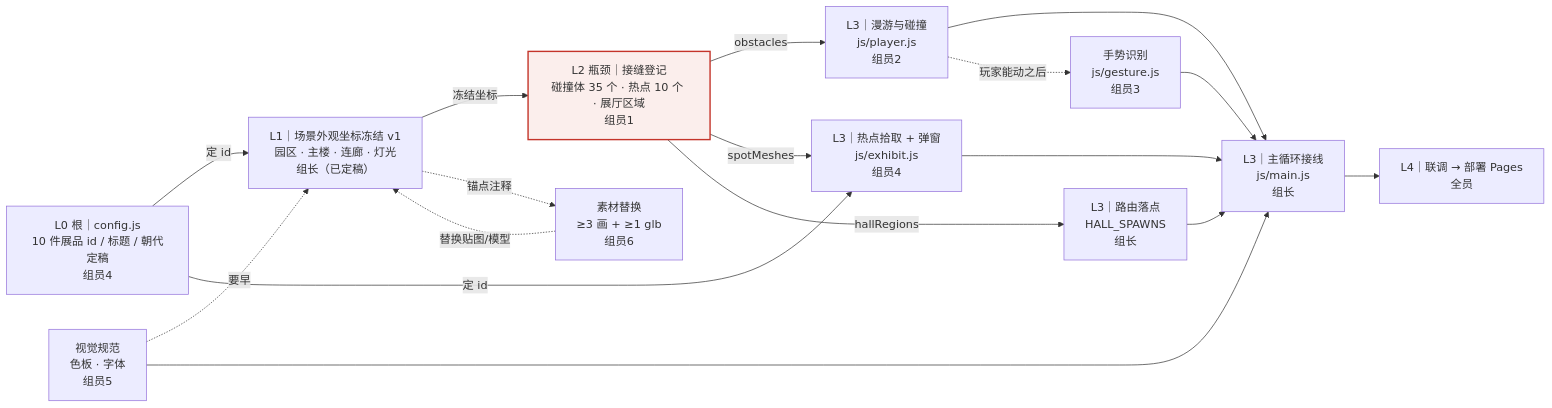
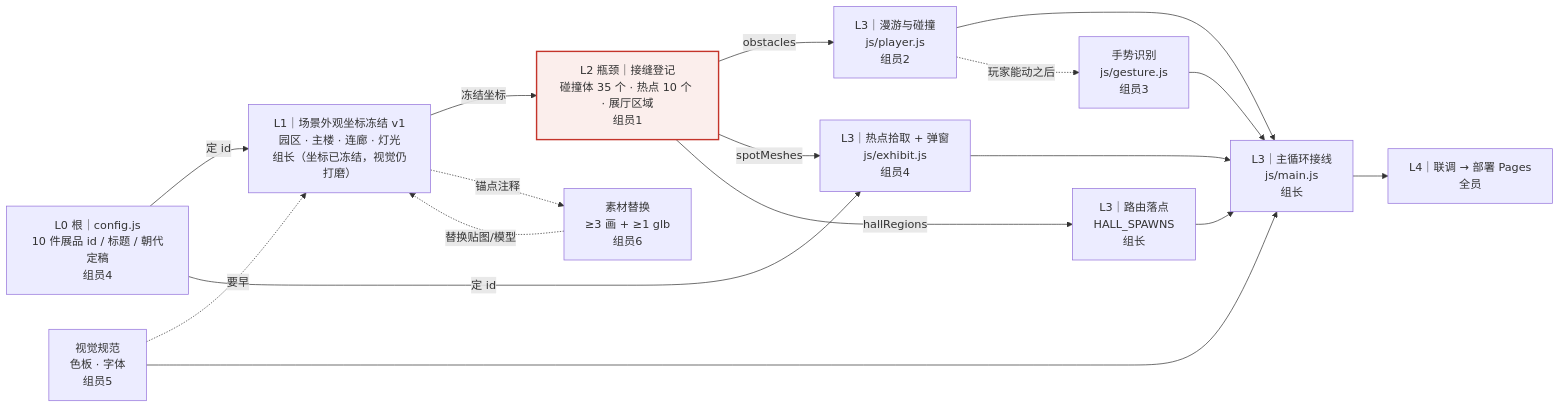
The diagram in docs/任务思维导图.md (F416-Y/3d-gesture-museum), drawn with Mermaid before and after one commit. The commit also changed other lines of this file and 4 other files, not shown here.

````diff
--- a/docs/任务思维导图.md
+++ b/docs/任务思维导图.md
@@ -9,32 +9,32 @@
 ```mermaid
 flowchart LR
   P0["L0 根｜config.js<br/>10 件展品 id / 标题 / 朝代定稿<br/>组员4"]
-  P1["L1｜场景外观坐标冻结 v1<br/>园区 · 主楼 · 连廊 · 灯光<br/>组长（已定稿）"]
+  P1["L1｜场景外观坐标冻结 v1<br/>园区 · 主楼 · 连廊 · 灯光<br/>组长（坐标已冻结，视觉仍打磨）"]
   P2["L2 瓶颈｜接缝登记<br/>碰撞体 35 个 · 热点 10 个 · 展厅区域<br/>组员1"]
   P3["L3｜漫游与碰撞<br/>js/player.js<br/>组员2"]
   P4["L3｜热点拾取 + 弹窗<br/>js/exhibit.js<br/>组员4"]
   P5["L3｜路由落点<br/>HALL_SPAWNS<br/>组长"]
   P6["L3｜主循环接线<br/>js/main.js<br/>组长"]
   P7["L4｜联调 → 部署 Pages<br/>全员"]
 
   P0 -->|定 id| P1
   P0 -->|定 id| P4
   P1 -->|冻结坐标| P2
   P2 -->|obstacles| P3
   P2 -->|spotMeshes| P4
   P2 -->|hallRegions| P5
   P3 --> P6
   P4 --> P6
   P5 --> P6
   P6 --> P7
 
   U["视觉规范<br/>色板 · 字体<br/>组员5"] -.->|要早| P1
   U --> P6
   P3 -.->|玩家能动之后| G["手势识别<br/>js/gesture.js<br/>组员3"]
   G --> P6
   P1 -.->|锚点注释| A["素材替换<br/>≥3 画 + ≥1 glb<br/>组员6"]
   A -.->|替换贴图/模型| P1
 
   classDef hot fill:#fbeeec,stroke:#c4342a,stroke-width:2px
   class P2 hot
 ```
````
